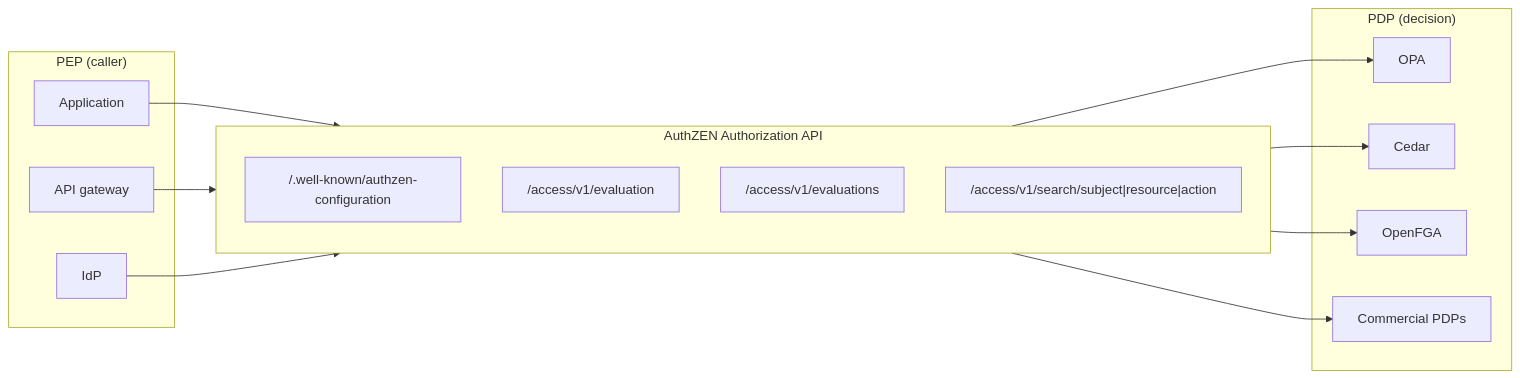
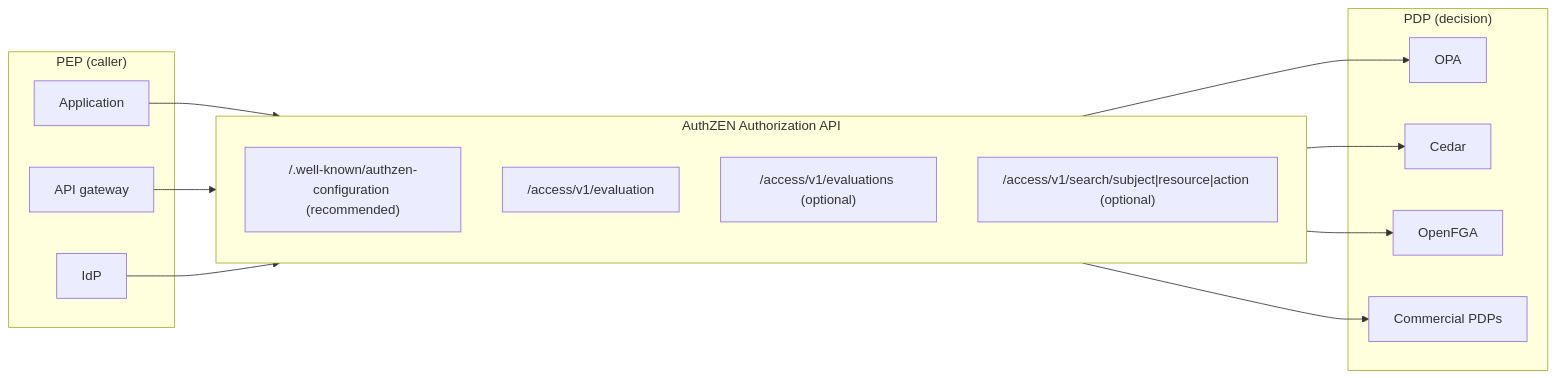
Before and after one commit to bmf-san/bmf-tech: the diagram in content/en/posts/authzen-authorization-api.md, drawn with Mermaid. The commit also changed other lines of this file and 1 other file, not shown here.

Commit message:
fix: AuthZEN の記事の全体像の図とまとめを本文の任意・推奨と筆者の読みに合わせる
- 図の一括判定と検索を任意、メタデータを推奨と示した（§9.1.1、§9）
- まとめの「同じ口を持てる」を、変換層を挟むなどして同じ API の後ろに置ける、と本文に合わせた
- 相互運用の最後のイベント名を表と同じ Gartner IAM US 2025 にそろえた

````diff
--- a/content/en/posts/authzen-authorization-api.md
+++ b/content/en/posts/authzen-authorization-api.md
@@ -39,27 +39,27 @@
 ```mermaid
 flowchart LR
     subgraph PEPs["PEP (caller)"]
         APP["Application"]
         GW["API gateway"]
         IDP["IdP"]
     end
     subgraph API["AuthZEN Authorization API"]
-        META["/.well-known/authzen-configuration"]
+        META["/.well-known/authzen-configuration (recommended)"]
         EV["/access/v1/evaluation"]
-        EVS["/access/v1/evaluations"]
-        SR["/access/v1/search/subject|resource|action"]
+        EVS["/access/v1/evaluations (optional)"]
+        SR["/access/v1/search/subject|resource|action (optional)"]
     end
     subgraph PDPs["PDP (decision)"]
         OPA["OPA"]
         CEDAR["Cedar"]
         FGA["OpenFGA"]
         OTHER["Commercial PDPs"]
     end
     APP --> API
     GW --> API
     IDP --> API
     API --> OPA
     API --> CEDAR
     API --> FGA
     API --> OTHER
 ```
````
